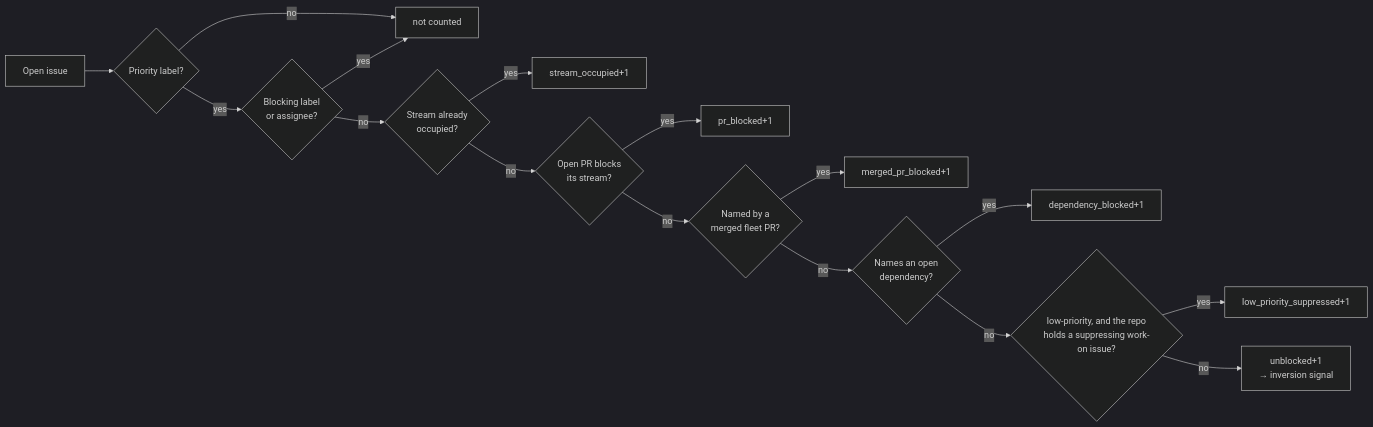
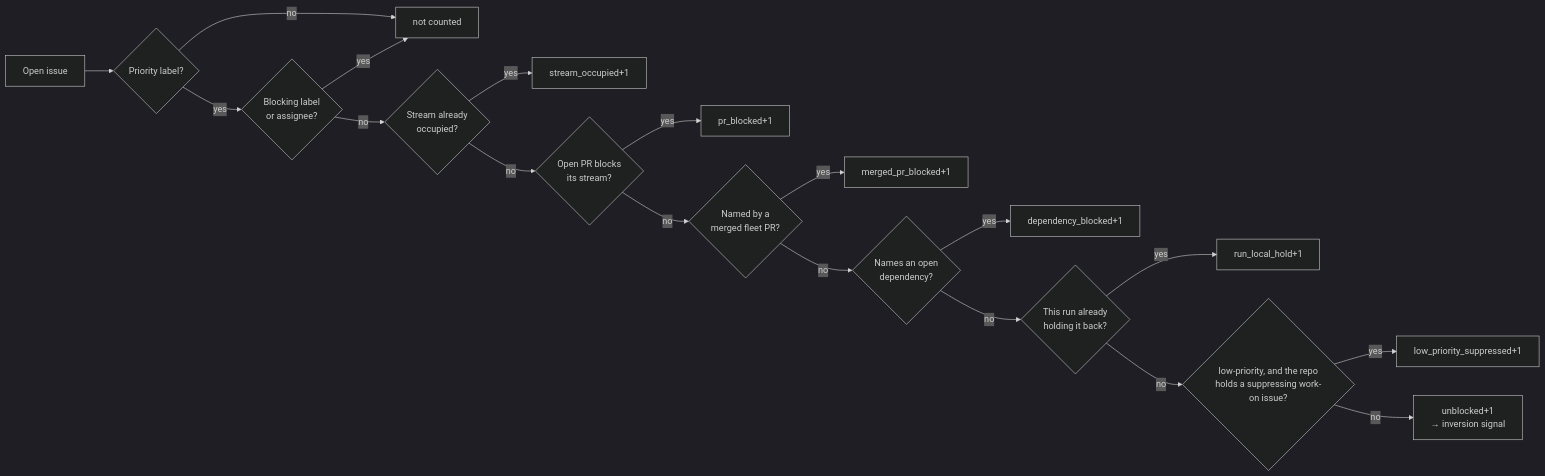
Before and after one commit to stSoftwareAU/VibeCoder: the fourth of 16 diagrams in docs/IDLE-TASK-FRAMEWORK.md, drawn with Mermaid (dark theme). The commit also changed other lines of this file and 10 other files, not shown here.

First line of the commit message:
fix: model the run-local cooldown hold in the idle-decision census (#655)

````diff
--- a/docs/IDLE-TASK-FRAMEWORK.md
+++ b/docs/IDLE-TASK-FRAMEWORK.md
@@ -632,18 +633,20 @@
 ```mermaid
 flowchart LR
     I[Open issue] --> L{Priority label?}
     L -- no --> X[not counted]
     L -- yes --> B{Blocking label<br/>or assignee?}
     B -- yes --> X
     B -- no --> S{Stream already<br/>occupied?}
     S -- yes --> SO["stream_occupied+1"]
     S -- no --> P{Open PR blocks<br/>its stream?}
     P -- yes --> PB["pr_blocked+1"]
     P -- no --> M{Named by a<br/>merged fleet PR?}
     M -- yes --> MB["merged_pr_blocked+1"]
     M -- no --> D{Names an open<br/>dependency?}
     D -- yes --> DB["dependency_blocked+1"]
-    D -- no --> T{"low-priority, and the repo<br/>holds a suppressing work-on issue?"}
+    D -- no --> R{This run already<br/>holding it back?}
+    R -- yes --> RH["run_local_hold+1"]
+    R -- no --> T{"low-priority, and the repo<br/>holds a suppressing work-on issue?"}
     T -- yes --> TS["low_priority_suppressed+1"]
     T -- no --> U["unblocked+1<br/>→ inversion signal"]
 ```
````
